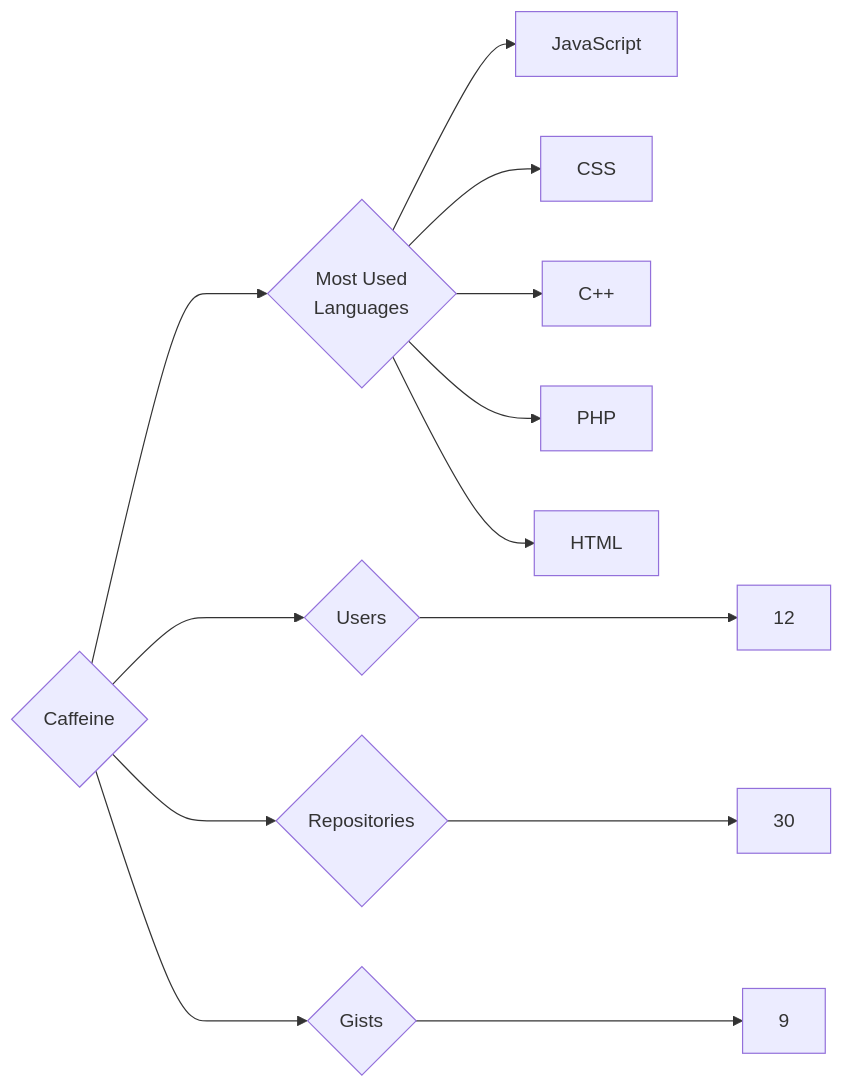
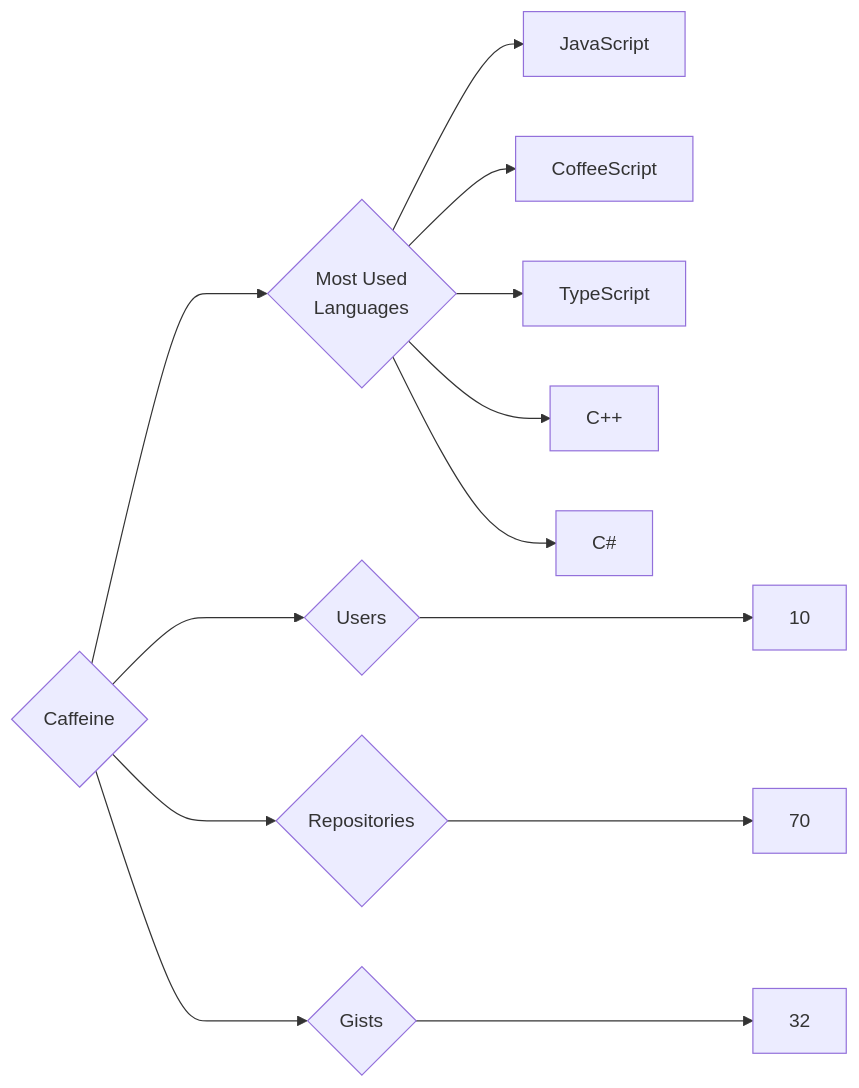
The diagram in targets/Caffeine/README.md (trickest/insiders), drawn with Mermaid before and after one commit. The commit also changed 814 other files, not shown here.

````diff
--- a/targets/Caffeine/README.md
+++ b/targets/Caffeine/README.md
@@ -3,13 +3,13 @@
 ```mermaid
 graph LR
 COMPANY_NAME{Caffeine}
-COMPANY_NAME ---> U{Users} ---> UN[12]
-COMPANY_NAME ---> R{Repositories} ---> RN[30]
-COMPANY_NAME ---> G{Gists} ---> GN[9]
+COMPANY_NAME ---> U{Users} ---> UN[10]
+COMPANY_NAME ---> R{Repositories} ---> RN[70]
+COMPANY_NAME ---> G{Gists} ---> GN[32]
 COMPANY_NAME ---> ML{Most Used<br>Languages}
 ML --> JavaScript[JavaScript]
-ML --> CSS[CSS]
+ML --> CoffeeScript[CoffeeScript]
+ML --> TypeScript[TypeScript]
 ML --> C++[C++]
-ML --> PHP[PHP]
-ML --> HTML[HTML]
+ML --> C#[C#]
 ```
````
